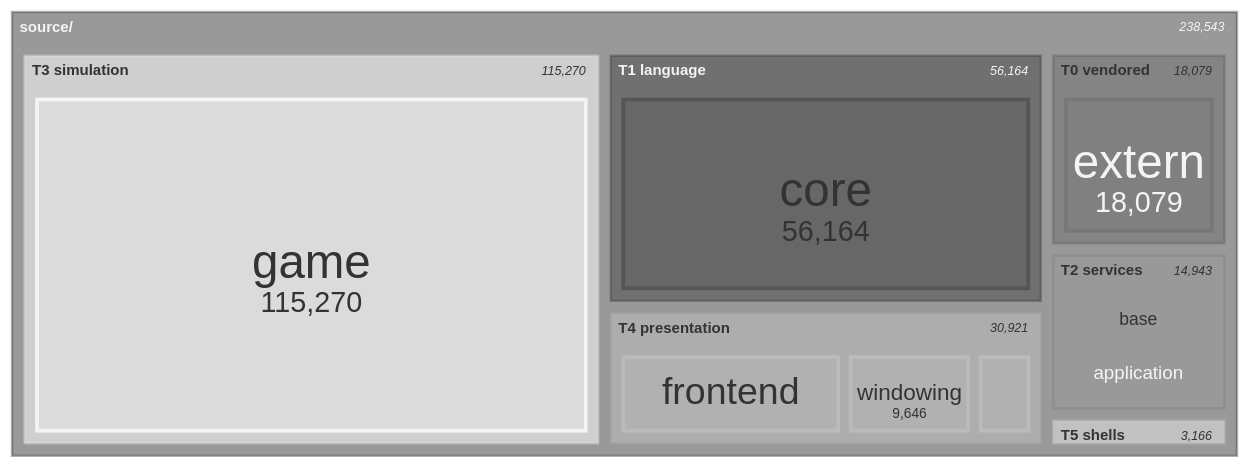
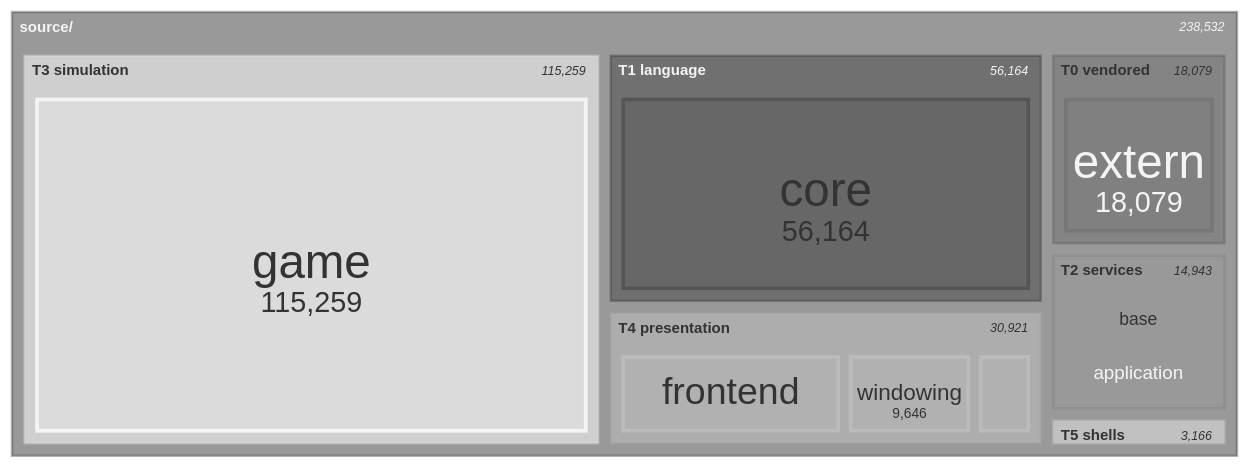
The seventh of 11 diagrams in docs/architecture/system-boundaries.md (apnex/OpenStarbound), drawn with Mermaid (neutral theme) before and after one commit. The commit also changed other lines of this file and 2 other files, not shown here.

````diff
--- a/docs/architecture/system-boundaries.md
+++ b/docs/architecture/system-boundaries.md
@@ -577,21 +577,21 @@
 ```mermaid
 treemap-beta
 "source/"
     "T0 vendored"
         "extern": 18079
     "T1 language"
         "core": 56164
     "T2 services"
         "base": 7411
         "application": 7390
         "platform": 142
     "T3 simulation"
-        "game": 115270
+        "game": 115259
     "T4 presentation"
         "frontend": 16861
         "windowing": 9646
         "rendering": 4414
     "T5 shells"
         "client": 2383
         "server": 783
 ```
````
